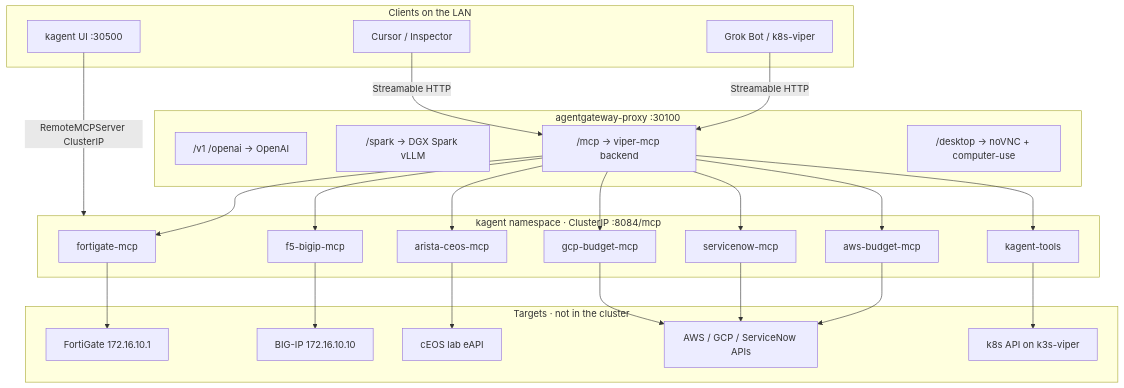
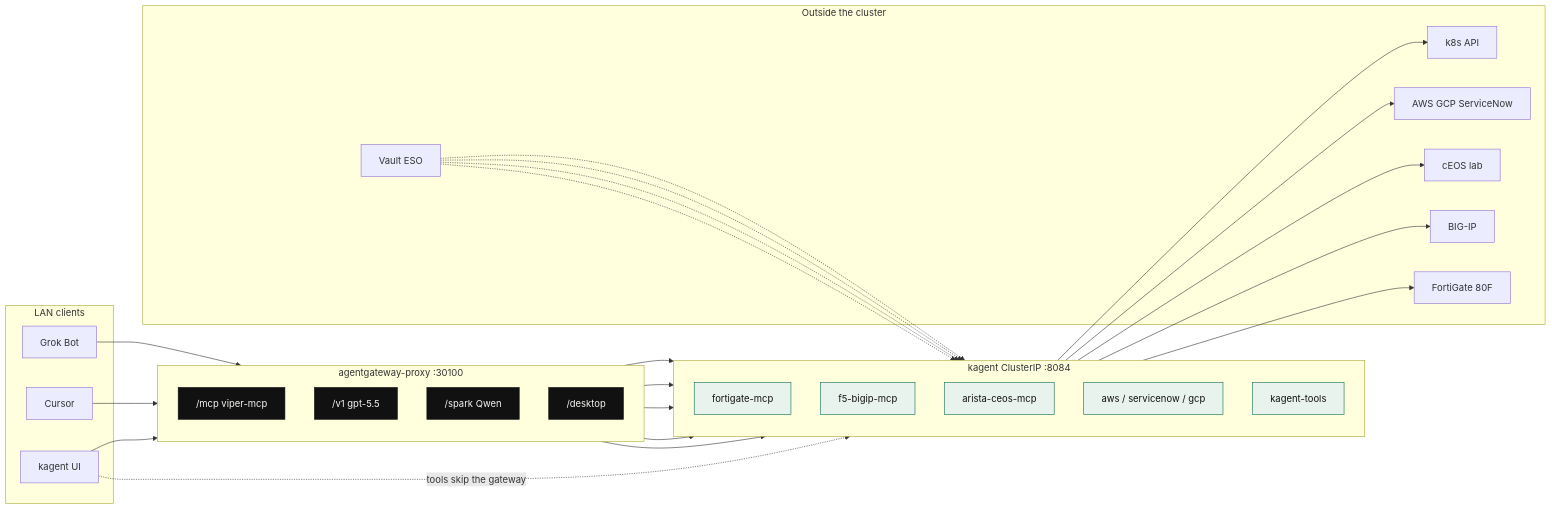
One commit to sebbycorp/k8s-viper changed the first of 3 diagrams in docs/mcp-servers/README.md. Above: the diagram before and after it, drawn with Mermaid. The commit also changed other lines of this file, not shown here.

Commit message:
Tighten MCP traffic diagrams so the gateway jobs read clearly

````diff
--- a/docs/mcp-servers/README.md
+++ b/docs/mcp-servers/README.md
@@ -28,45 +30,58 @@
 ```mermaid
-flowchart TB
-  subgraph clients["Clients on the LAN"]
-    GB["Grok Bot / k8s-viper"]
-    CUR["Cursor / Inspector"]
-    KA["kagent UI :30500"]
+flowchart LR
+  subgraph clients["LAN clients"]
+    GB["Grok Bot"]
+    CUR["Cursor"]
+    KA["kagent UI"]
   end
 
   subgraph gw["agentgateway-proxy :30100"]
-    R1["/v1 /openai → OpenAI"]
-    R2["/spark → DGX Spark vLLM"]
-    R3["/mcp → viper-mcp backend"]
-    R4["/desktop → noVNC + computer-use"]
+    direction TB
+    MCP["/mcp  viper-mcp"]
+    LLM["/v1  gpt-5.5"]
+    SP["/spark  Qwen"]
+    DESK["/desktop"]
   end
 
-  subgraph mcp["kagent namespace · ClusterIP :8084/mcp"]
+  subgraph pods["kagent ClusterIP :8084"]
+    direction TB
     FG["fortigate-mcp"]
     F5["f5-bigip-mcp"]
     AR["arista-ceos-mcp"]
-    AWS["aws-budget-mcp"]
-    SN["servicenow-mcp"]
-    GCP["gcp-budget-mcp"]
+    CL["aws / servicenow / gcp"]
     KT["kagent-tools"]
   end
 
-  subgraph targets["Targets · not in the cluster"]
-    T1["FortiGate 172.16.10.1"]
-    T2["BIG-IP 172.16.10.10"]
-    T3["cEOS lab eAPI"]
-    T4["AWS / GCP / ServiceNow APIs"]
-    T5["k8s API on k3s-viper"]
+  subgraph edge["Outside the cluster"]
+    T1["FortiGate 80F"]
+    T2["BIG-IP"]
+    T3["cEOS lab"]
+    T4["AWS GCP ServiceNow"]
+    T5["k8s API"]
+    V["Vault ESO"]
   end
 
-  GB -->|Streamable HTTP| R3
-  CUR -->|Streamable HTTP| R3
-  KA -->|RemoteMCPServer ClusterIP| mcp
-  R3 --> FG & F5 & AR & AWS & SN & GCP & KT
+  GB --> MCP
+  CUR --> MCP
+  KA --> LLM
+  KA -.->|"tools skip the gateway"| pods
+  MCP --> FG
+  MCP --> F5
+  MCP --> AR
+  MCP --> CL
+  MCP --> KT
   FG --> T1
   F5 --> T2
   AR --> T3
-  AWS --> T4
-  SN --> T4
-  GCP --> T4
+  CL --> T4
   KT --> T5
+  V -.-> FG
+  V -.-> F5
+  V -.-> AR
+  V -.-> CL
+
+  classDef gwn fill:#111111,stroke:#111111,color:#f6f6f4
+  classDef mcp fill:#e8f3ee,stroke:#0b6b4f,color:#111111
+  class MCP,LLM,SP,DESK gwn
+  class FG,F5,AR,CL,KT mcp
 ```
````
